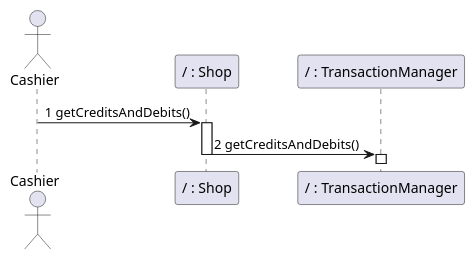
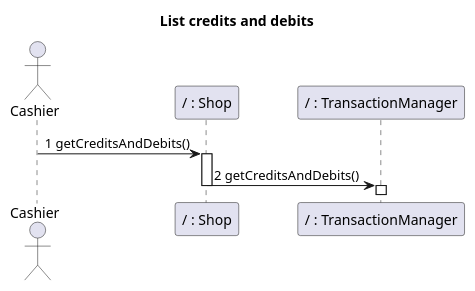
One commit to nicolabattaglino/ezshop changed diagram 30 of 32 in Deliverables/DesignDocument.md. Above: the diagram before and after it, drawn with PlantUML. The commit also changed other lines of this file, not shown here.

````diff
--- a/Deliverables/DesignDocument.md
+++ b/Deliverables/DesignDocument.md
@@ -1443,13 +1478,19 @@
 ```plantuml
 @startuml
+
+title
+List credits and debits
+end title
+
+
 actor Cashier
 participant "/ : Shop" as Shop
 participant "/ : TransactionManager" as TransactionManager
 Cashier -> Shop:1 getCreditsAndDebits()
 activate Shop
 Shop -> TransactionManager:2 getCreditsAndDebits()
 deactivate Shop
 activate TransactionManager
 deactivate TransactionManager 
 @enduml
 ```
````
